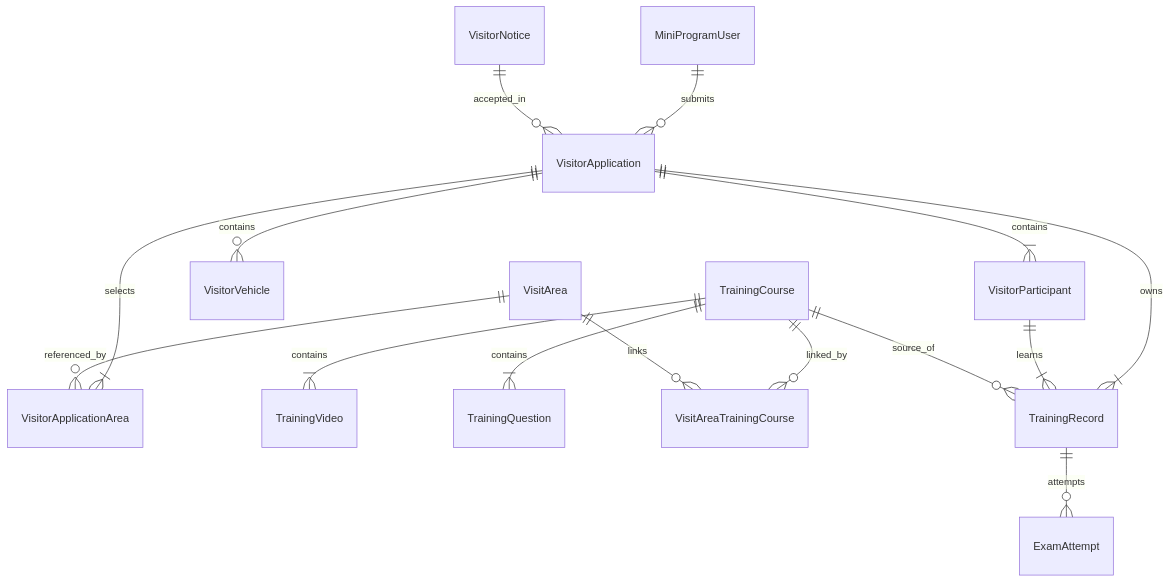
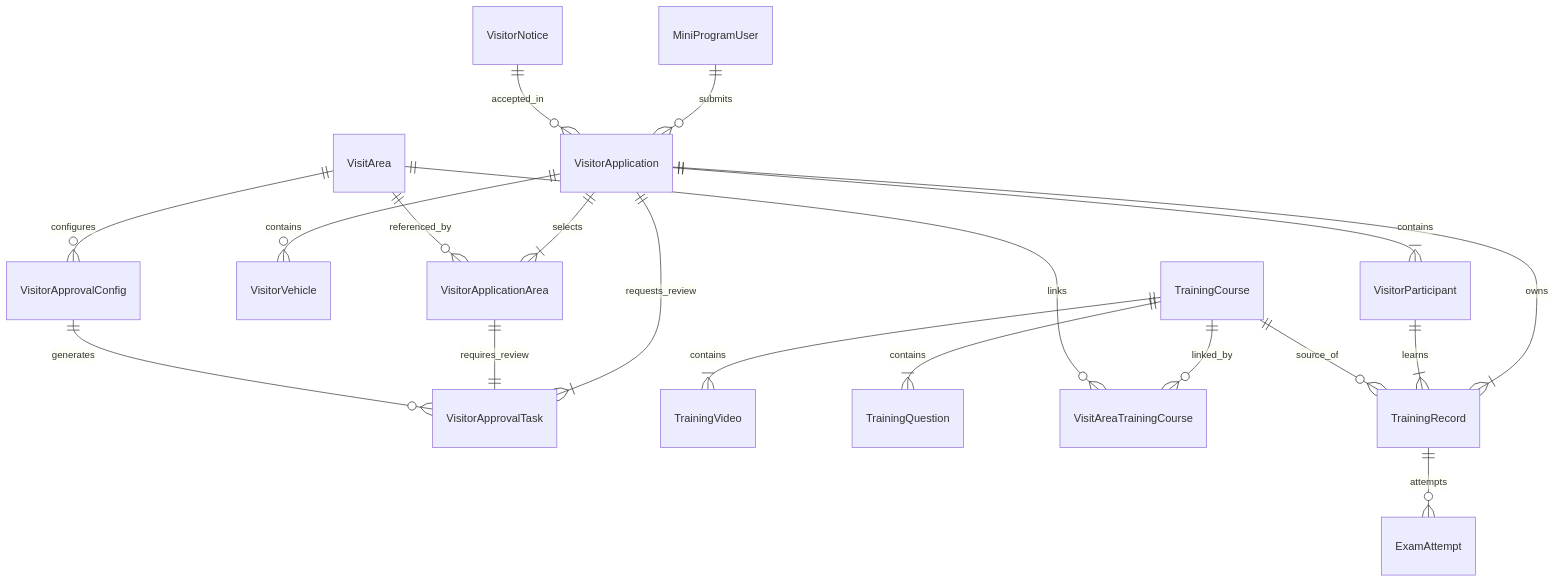
One commit to neozhu/visit-traning-client changed the second of 2 diagrams in doc/VisitSafe-Backend-SPEC.md. Above: the diagram before and after it, drawn with Mermaid. The commit also changed other lines of this file, not shown here.

Commit message:
feat: refine VisitorApprovalTask and TimeSlot definitions for improved clarity and functionality

````diff
--- a/doc/VisitSafe-Backend-SPEC.md
+++ b/doc/VisitSafe-Backend-SPEC.md
@@ -449,17 +492,21 @@
 ```mermaid
 erDiagram
     MiniProgramUser ||--o{ VisitorApplication : submits
     VisitorApplication ||--|{ VisitorParticipant : contains
     VisitorApplication ||--o{ VisitorVehicle : contains
     VisitorApplication ||--|{ VisitorApplicationArea : selects
     VisitArea ||--o{ VisitorApplicationArea : referenced_by
+    VisitorApplication ||--|{ VisitorApprovalTask : requests_review
+    VisitorApplicationArea ||--|| VisitorApprovalTask : requires_review
+    VisitArea ||--o{ VisitorApprovalConfig : configures
+    VisitorApprovalConfig ||--o{ VisitorApprovalTask : generates
     VisitorNotice ||--o{ VisitorApplication : accepted_in
     TrainingCourse ||--|{ TrainingVideo : contains
     TrainingCourse ||--|{ TrainingQuestion : contains
     TrainingCourse ||--o{ VisitAreaTrainingCourse : linked_by
     VisitArea ||--o{ VisitAreaTrainingCourse : links
     VisitorApplication ||--|{ TrainingRecord : owns
     VisitorParticipant ||--|{ TrainingRecord : learns
     TrainingCourse ||--o{ TrainingRecord : source_of
     TrainingRecord ||--o{ ExamAttempt : attempts
 ```
````
